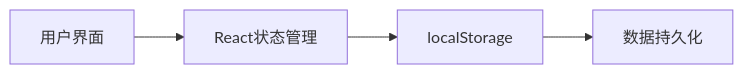
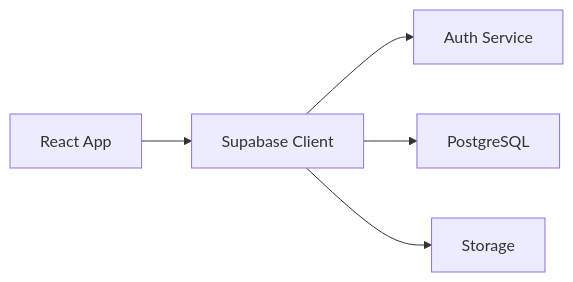
The second of 3 diagrams in .trae/documents/arch.md (cloudcool2025/bobo.github.io), drawn with Mermaid before and after one commit. The commit also changed other lines of this file and 15 other files, not shown here.

````diff
--- a/.trae/documents/arch.md
+++ b/.trae/documents/arch.md
@@ -4,6 +91,7 @@
 ```mermaid
 flowchart LR
-    A[用户界面] --> B[React状态管理]
-    B --> C[localStorage]
-    C --> D[数据持久化]
+    A[React App] --> B[Supabase Client]
+    B --> C[Auth Service]
+    B --> D[PostgreSQL]
+    B --> E[Storage]
 ```
````
